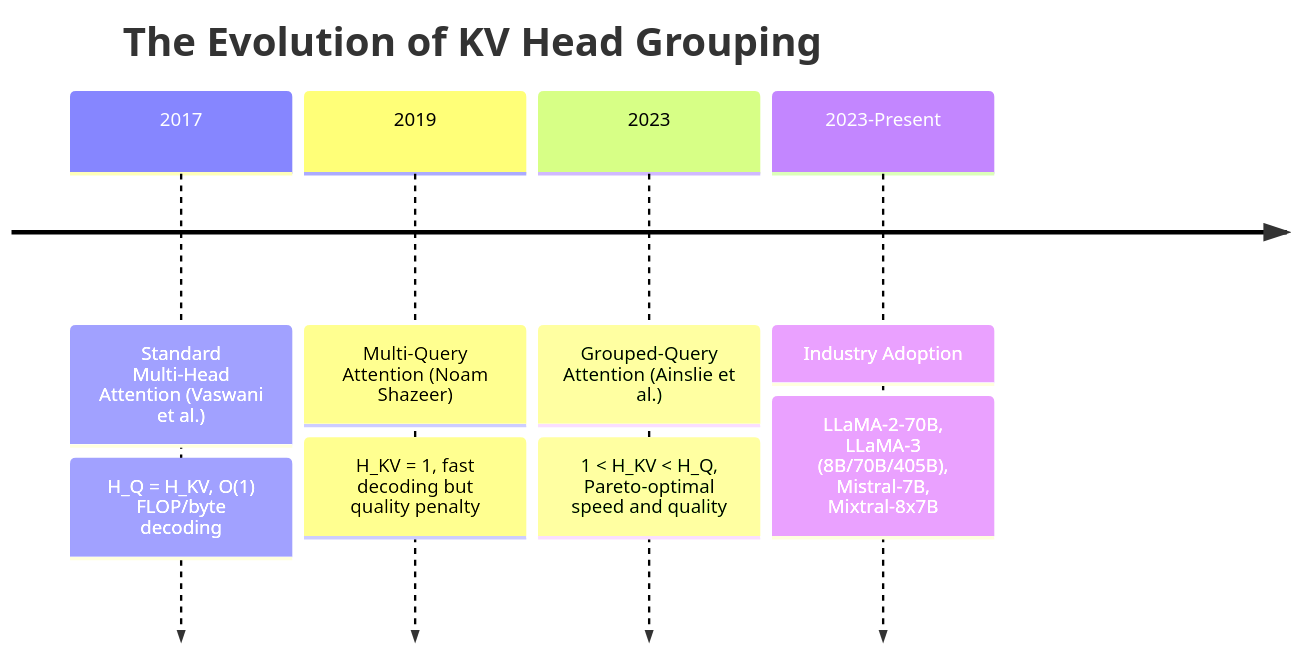
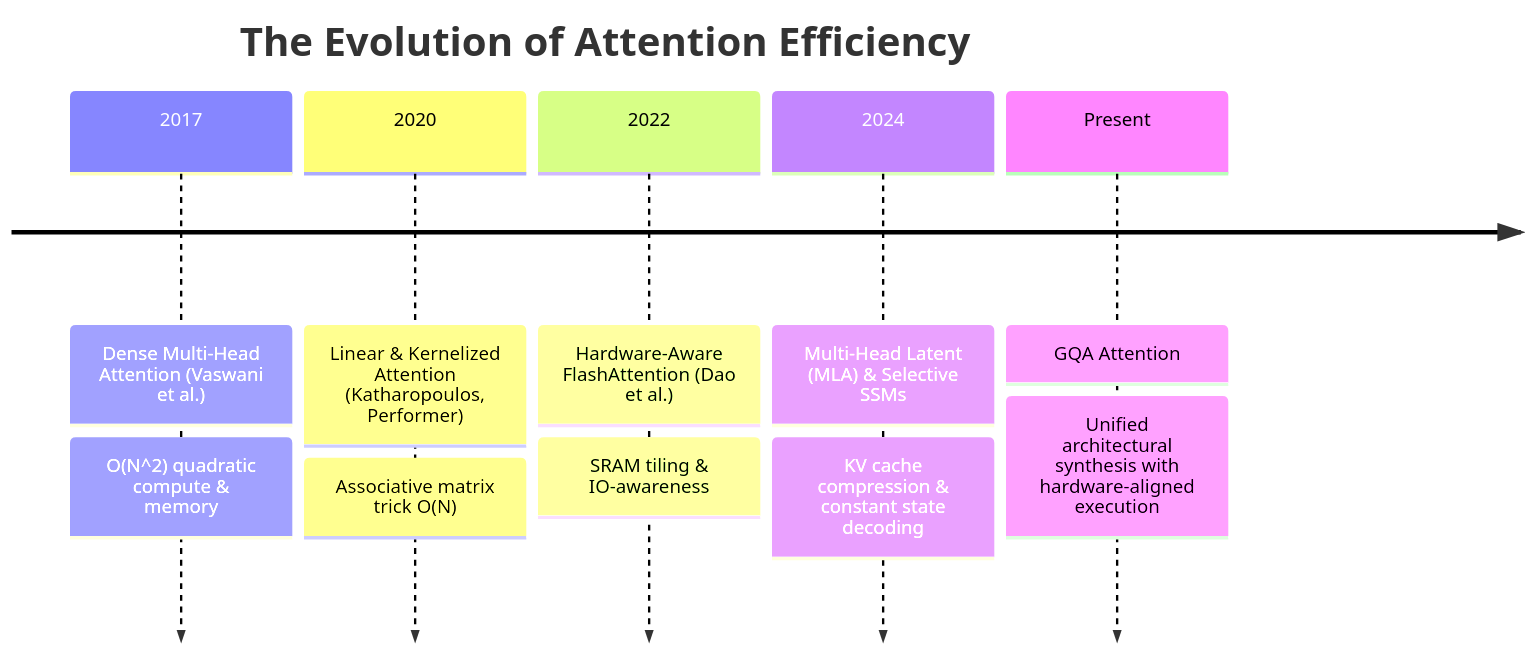
One commit to tahamajs/NeuralOps changed the first of 2 diagrams in Docs/content/attentions_blog/gqa_attention_blog.md. Above: the diagram before and after it, drawn with Mermaid. The commit also changed other lines of this file and 193 other files, not shown here.

````diff
--- a/Docs/content/attentions_blog/gqa_attention_blog.md
+++ b/Docs/content/attentions_blog/gqa_attention_blog.md
@@ -74,8 +58,9 @@
 ```mermaid
 timeline
-    title The Evolution of KV Head Grouping
-    2017 : Standard Multi-Head Attention (Vaswani et al.) : H_Q = H_KV, O(1) FLOP/byte decoding
-    2019 : Multi-Query Attention (Noam Shazeer) : H_KV = 1, fast decoding but quality penalty
-    2023 : Grouped-Query Attention (Ainslie et al.) : 1 < H_KV < H_Q, Pareto-optimal speed and quality
-    2023-Present : Industry Adoption : LLaMA-2-70B, LLaMA-3 (8B/70B/405B), Mistral-7B, Mixtral-8x7B
+    title The Evolution of Attention Efficiency
+    2017 : Dense Multi-Head Attention (Vaswani et al.) : O(N^2) quadratic compute & memory
+    2020 : Linear & Kernelized Attention (Katharopoulos, Performer) : Associative matrix trick O(N)
+    2022 : Hardware-Aware FlashAttention (Dao et al.) : SRAM tiling & IO-awareness
+    2024 : Multi-Head Latent (MLA) & Selective SSMs : KV cache compression & constant state decoding
+    Present : GQA Attention : Unified architectural synthesis with hardware-aligned execution
 ```
````
